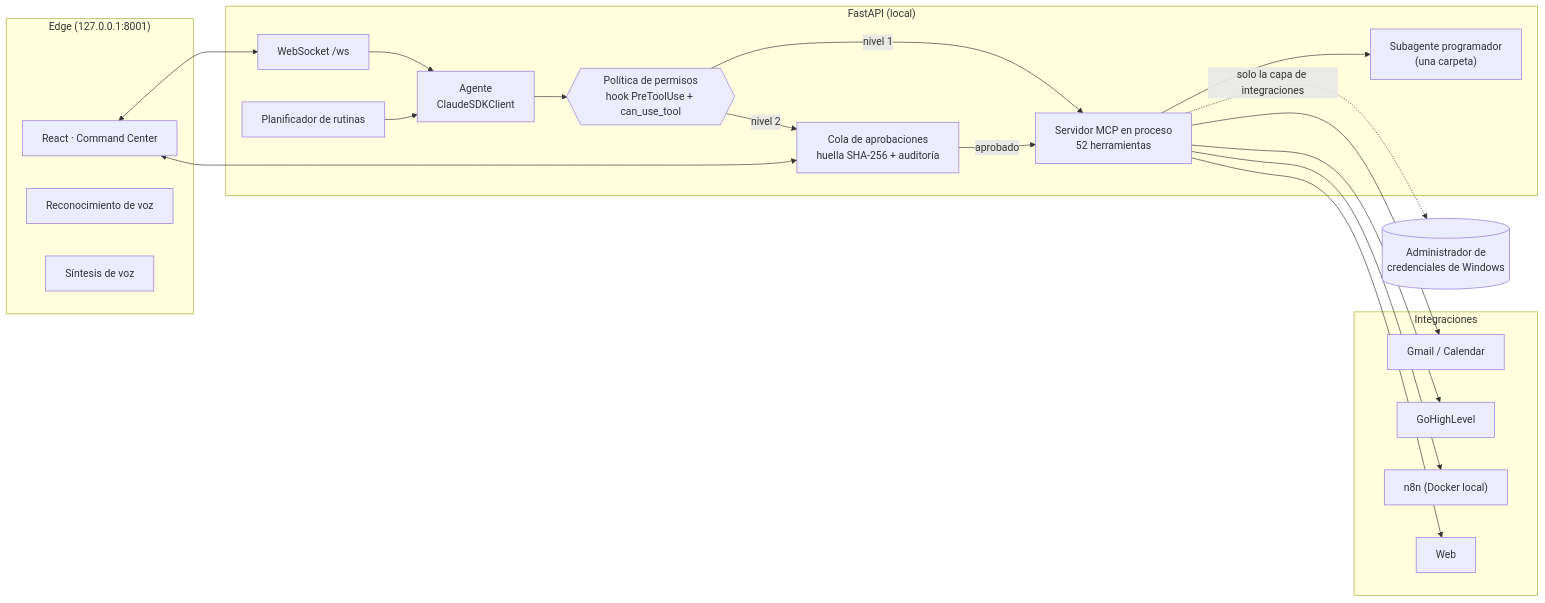
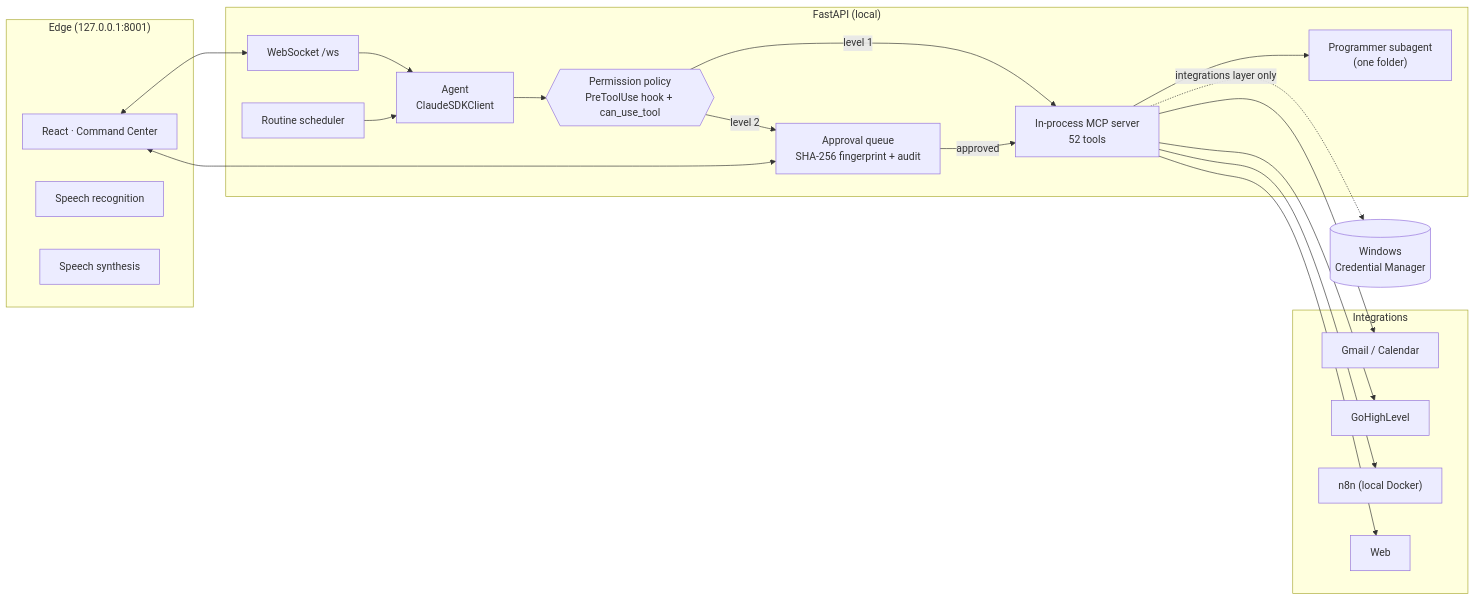
Before and after one commit to Javierpe10/Baki: the diagram in README.md, drawn with Mermaid. The commit also changed other lines of this file, not shown here.

````diff
--- a/README.md
+++ b/README.md
@@ -55,36 +55,36 @@
 ```mermaid
 flowchart LR
-    subgraph Navegador["Edge (127.0.0.1:8001)"]
+    subgraph Browser["Edge (127.0.0.1:8001)"]
         UI["React · Command Center"]
-        STT["Reconocimiento de voz"]
-        TTS["Síntesis de voz"]
+        STT["Speech recognition"]
+        TTS["Speech synthesis"]
     end
 
     subgraph Backend["FastAPI (local)"]
         WS["WebSocket /ws"]
-        AG["Agente<br/>ClaudeSDKClient"]
-        POL{{"Política de permisos<br/>hook PreToolUse + can_use_tool"}}
-        APR["Cola de aprobaciones<br/>huella SHA-256 + auditoría"]
-        MCP["Servidor MCP en proceso<br/>52 herramientas"]
-        SUB["Subagente programador<br/>(una carpeta)"]
-        SCH["Planificador de rutinas"]
+        AG["Agent<br/>ClaudeSDKClient"]
+        POL{{"Permission policy<br/>PreToolUse hook + can_use_tool"}}
+        APR["Approval queue<br/>SHA-256 fingerprint + audit"]
+        MCP["In-process MCP server<br/>52 tools"]
+        SUB["Programmer subagent<br/>(one folder)"]
+        SCH["Routine scheduler"]
     end
 
-    subgraph Externos["Integraciones"]
+    subgraph External["Integrations"]
         G["Gmail / Calendar"]
         GHL["GoHighLevel"]
-        N8N["n8n (Docker local)"]
+        N8N["n8n (local Docker)"]
         WEB["Web"]
     end
 
-    KR[("Administrador de<br/>credenciales de Windows")]
+    KR[("Windows<br/>Credential Manager")]
 
     UI <--> WS --> AG --> POL
-    POL -- "nivel 1" --> MCP
-    POL -- "nivel 2" --> APR -- "aprobado" --> MCP
+    POL -- "level 1" --> MCP
+    POL -- "level 2" --> APR -- "approved" --> MCP
     APR <--> UI
     MCP --> SUB
     MCP --> G & GHL & N8N & WEB
-    MCP -. "solo la capa de integraciones" .-> KR
+    MCP -. "integrations layer only" .-> KR
     SCH --> AG
 ```
````
